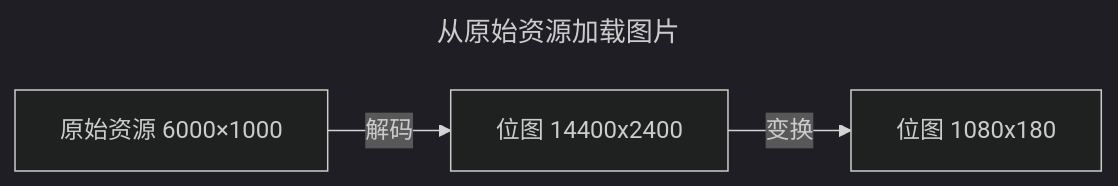
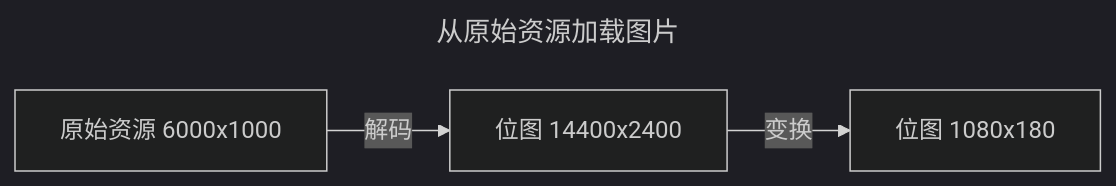
Before and after one commit to obby-xiang/obby-xiang.github.io: the first of 2 diagrams in blog/2024-04-19-Glide 加载图片尺寸异常问题/index.md, drawn with Mermaid (dark theme). The commit also changed other lines of this file, not shown here.

````diff
--- a/blog/2024-04-19-Glide 加载图片尺寸异常问题/index.md
+++ b/blog/2024-04-19-Glide 加载图片尺寸异常问题/index.md
@@ -228,7 +228,7 @@
 ```mermaid
 ---
 title: 从原始资源加载图片
 ---
 flowchart LR
-    original["原始资源 6000×1000"] -- 解码 --> decoded["位图 14400x2400"] -- 变换 --> transformed["位图 1080x180"]
+    original["原始资源 6000x1000"] -- 解码 --> decoded["位图 14400x2400"] -- 变换 --> transformed["位图 1080x180"]
 ```
````
